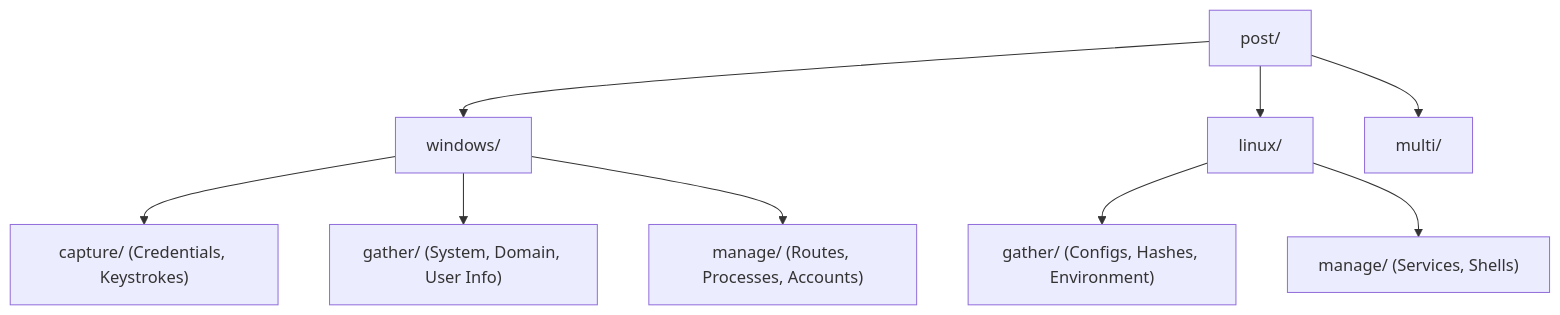
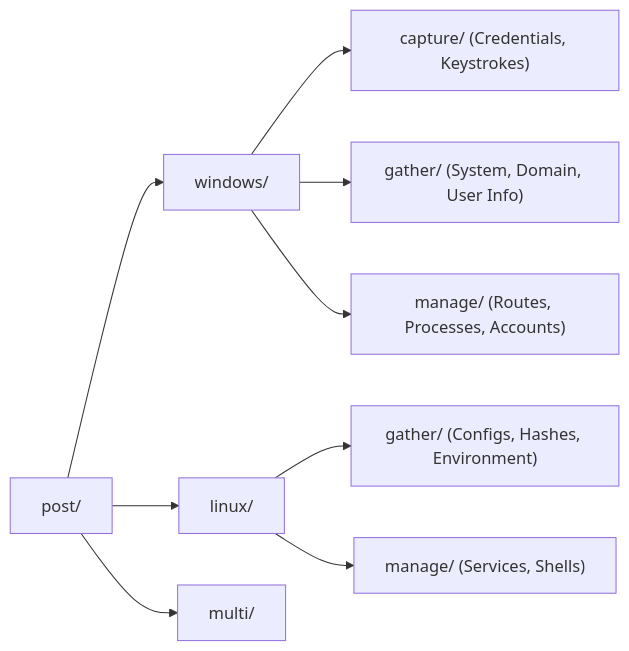
One commit to ankur-1112/portfolio changed the second of 4 diagrams in docs/Sem-5/Theory/MFW/u5.mdx. Above: the diagram before and after it, drawn with Mermaid. The commit also changed other lines of this file, not shown here.

````diff
--- a/docs/Sem-5/Theory/MFW/u5.mdx
+++ b/docs/Sem-5/Theory/MFW/u5.mdx
@@ -60,13 +60,13 @@
 ```mermaid
-flowchart TD
+flowchart LR
     ROOT["post/"] --> WIN["windows/"]
     ROOT --> LNX["linux/"]
     ROOT --> MLT["multi/"]
 
     WIN --> W_CAP["capture/ (Credentials, Keystrokes)"]
     WIN --> W_GAT["gather/ (System, Domain, User Info)"]
     WIN --> W_MAN["manage/ (Routes, Processes, Accounts)"]
 
     LNX --> L_GAT["gather/ (Configs, Hashes, Environment)"]
     LNX --> L_MAN["manage/ (Services, Shells)"]
 ```
````
